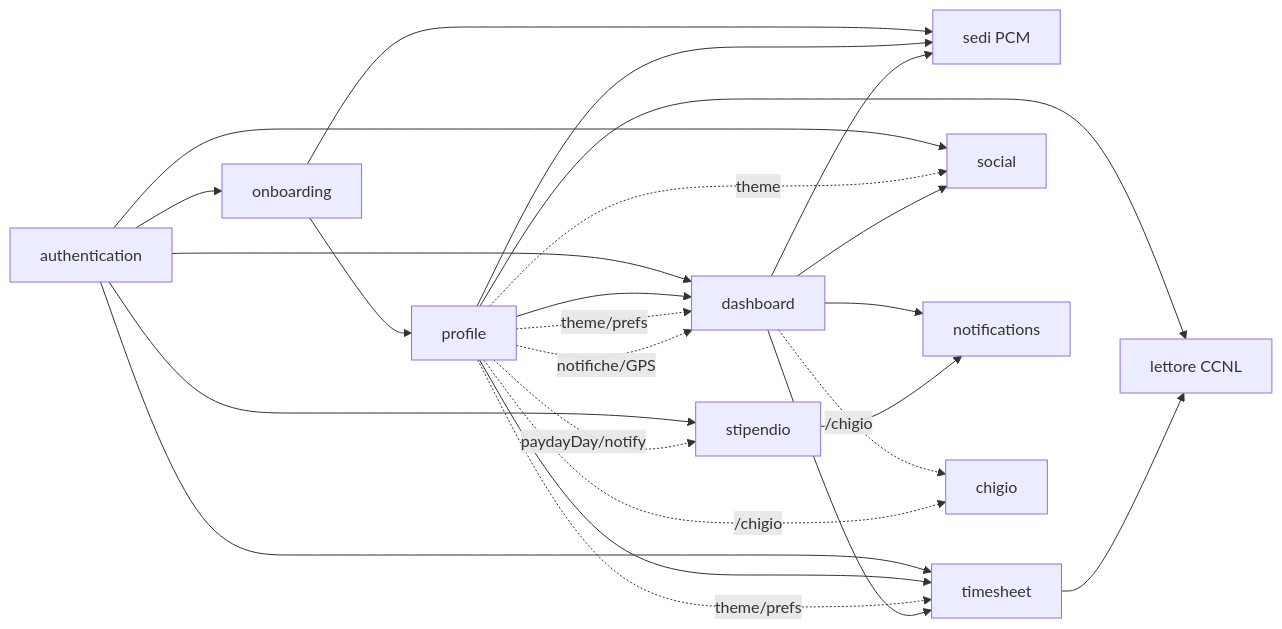
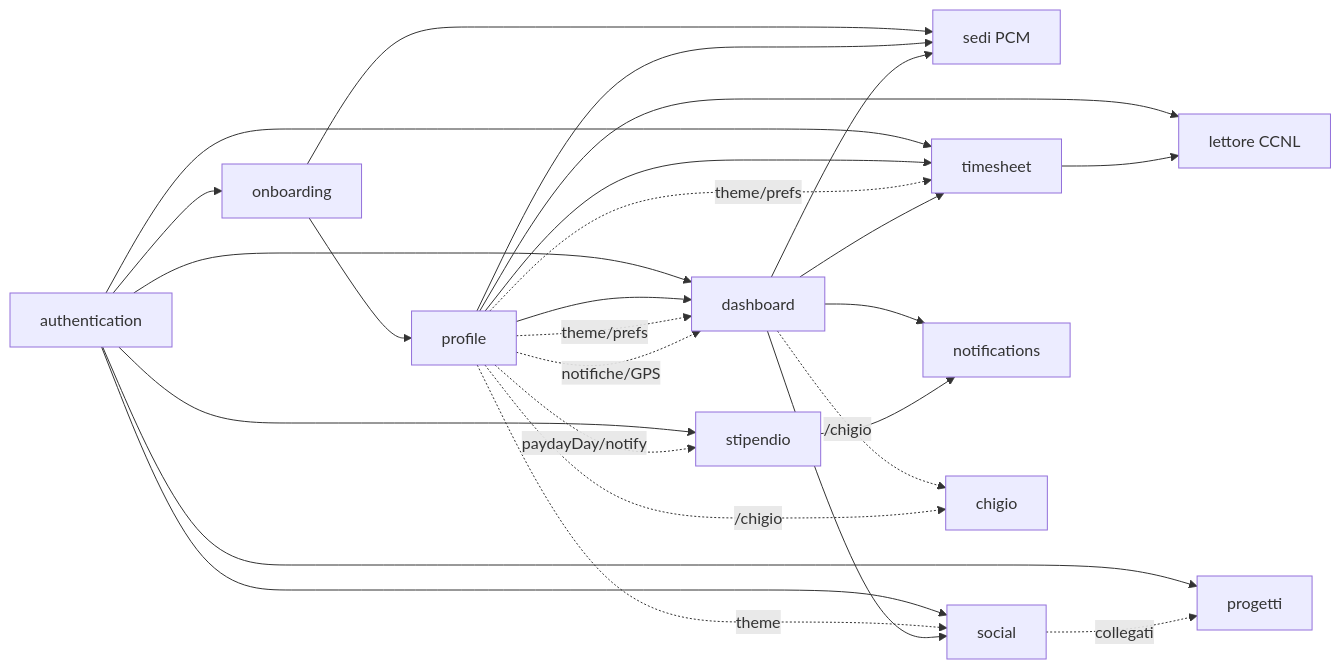
Before and after one commit to marcocipriani/chigio_time: the diagram in docs/features/README.md, drawn with Mermaid. The commit also changed other lines of this file and 8 other files, not shown here.

Commit message:
docs: wiki + ROADMAP for 2026-06-23 batch; integrate ex backlog.md

````diff
--- a/docs/features/README.md
+++ b/docs/features/README.md
@@ -9,27 +9,29 @@
 ```mermaid
 flowchart LR
     AUTH[authentication] --> ONB[onboarding]
     ONB --> PROFILE[profile]
     ONB --> LOC[sedi PCM]
     AUTH --> DASH[dashboard]
     AUTH --> TS[timesheet]
     AUTH --> SOC[social]
     PROFILE --> DASH
     PROFILE --> TS
     PROFILE --> LOC
     PROFILE --> CCNL[lettore CCNL]
     PROFILE -. theme/prefs .-> DASH
     PROFILE -. theme/prefs .-> TS
     PROFILE -. notifiche/GPS .-> DASH
     PROFILE -. theme .-> SOC
     DASH --> TS
     DASH --> SOC
     DASH --> NOTIF[notifications]
     DASH --> LOC
     TS --> CCNL
     AUTH --> SAL[stipendio]
     PROFILE -. paydayDay/notify .-> SAL
     SAL --> NOTIF
+    AUTH --> PRJ[progetti]
+    SOC -. collegati .-> PRJ
     DASH -. /chigio .-> CHI[chigio]
     PROFILE -. /chigio .-> CHI
 ```
````
